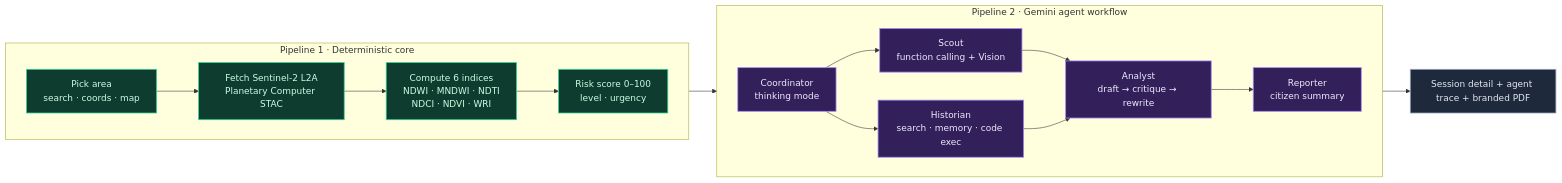
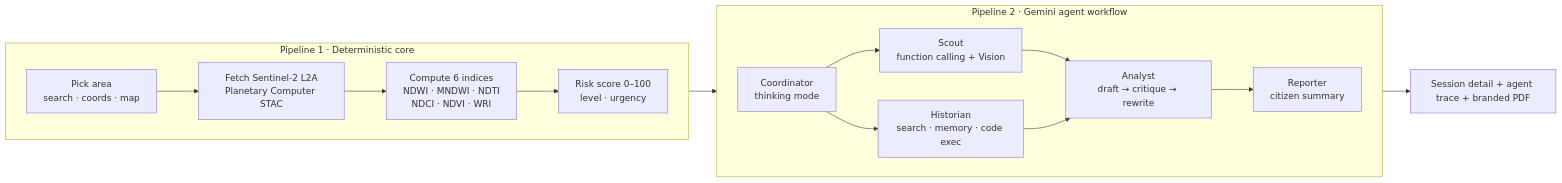
One commit to hasnainaliasghar/AquaLinks changed the first of 2 diagrams in README.md. Above: the diagram before and after it, drawn with Mermaid. The commit also changed other lines of this file and 1 other file, not shown here.

````diff
--- a/README.md
+++ b/README.md
@@ -58,28 +71,21 @@
 ```mermaid
 flowchart LR
     subgraph P1[Pipeline 1 · Deterministic core]
         direction LR
         A[Pick area<br/>search · coords · map] --> B[Fetch Sentinel-2 L2A<br/>Planetary Computer STAC]
         B --> C[Compute 6 indices<br/>NDWI · MNDWI · NDTI<br/>NDCI · NDVI · WRI]
         C --> D[Risk score 0–100<br/>level · urgency]
     end
 
     subgraph P2[Pipeline 2 · Gemini agent workflow]
         direction LR
         E[Coordinator<br/>thinking mode] --> F[Scout<br/>function calling + Vision]
         E --> G[Historian<br/>search · memory · code exec]
         F --> H[Analyst<br/>draft → critique → rewrite]
         G --> H
         H --> I[Reporter<br/>citizen summary]
     end
 
     D --> E
     I --> J[Session detail + agent trace + branded PDF]
-
-    classDef det fill:#0e3c2f,stroke:#34d399,color:#d1fae5,stroke-width:1.4px;
-    classDef agent fill:#33205a,stroke:#a78bfa,color:#ede9fe,stroke-width:1.4px;
-    classDef out fill:#1e293b,stroke:#94a3b8,color:#e2e8f0,stroke-width:1.4px;
-    class A,B,C,D det;
-    class E,F,G,H,I agent;
-    class J out;
 ```
````
